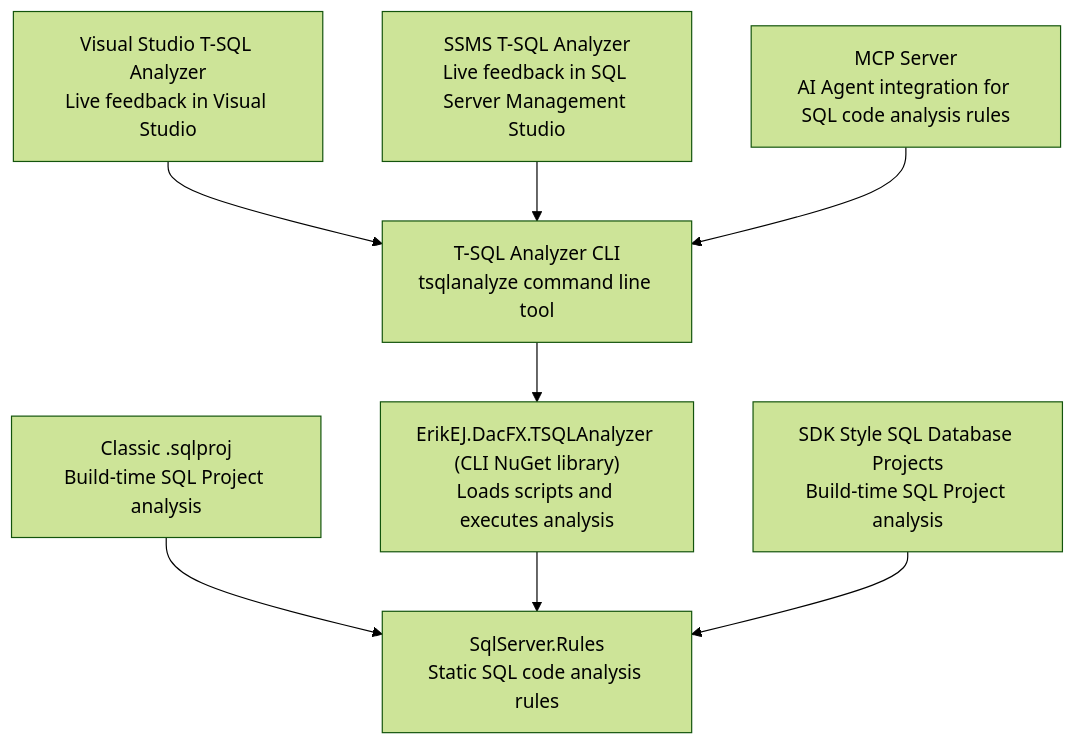
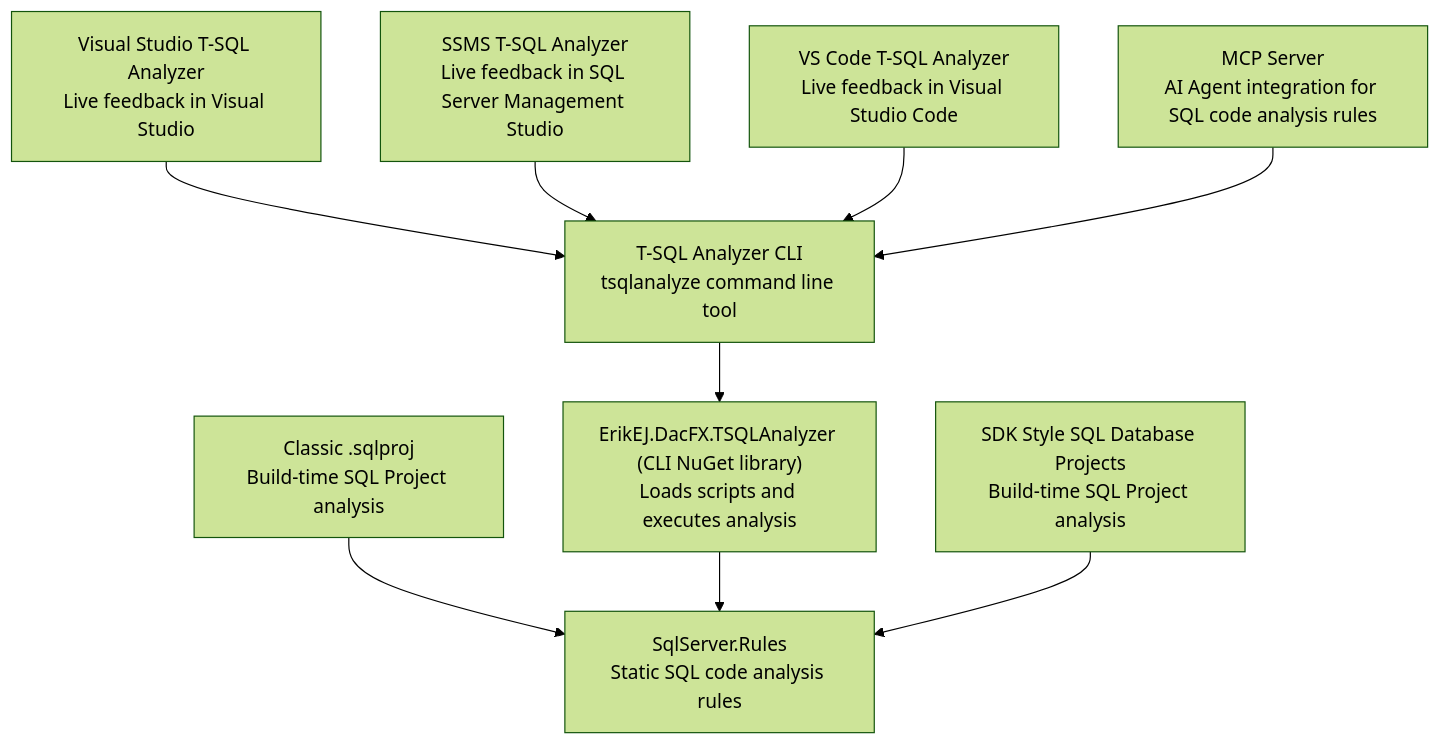
The diagram in README.md (ErikEJ/SqlServer.Rules), drawn with Mermaid (forest theme) before and after one commit. The commit also changed 2 other files, not shown here.

Commit message:
Rename extension (#702)
* Rename extension

* fix: sync vscode extension lockfile name

* fix name

* Potential fix for pull request finding

* Potential fix for pull request finding

---------

````diff
--- a/README.md
+++ b/README.md
@@ -21,19 +21,21 @@
 ```mermaid
 flowchart TD
     VS["Visual Studio T-SQL Analyzer<br/>Live feedback in Visual Studio"]
     SSMS["SSMS T-SQL Analyzer<br/>Live feedback in SQL Server Management Studio"]
+    VSC["VS Code T-SQL Analyzer<br/>Live feedback in Visual Studio Code"]
     CLI["T-SQL Analyzer CLI<br/>tsqlanalyze command line tool"]
     CLILIB["ErikEJ.DacFX.TSQLAnalyzer (CLI NuGet library)<br/>Loads scripts and executes analysis"]
     MBSQL["SDK Style SQL Database Projects<br/>Build-time SQL Project analysis"]
     CLASSIC["Classic .sqlproj<br/>Build-time SQL Project analysis"]
     RULES["SqlServer.Rules<br/>Static SQL code analysis rules"]
     MCP["MCP Server<br/>AI Agent integration for SQL code analysis rules"]
 
     VS --> CLI
     SSMS --> CLI
+    VSC --> CLI
     CLASSIC --> RULES
     CLI --> CLILIB
     CLILIB --> RULES
     MBSQL --> RULES
     MCP --> CLI
 ```
````
